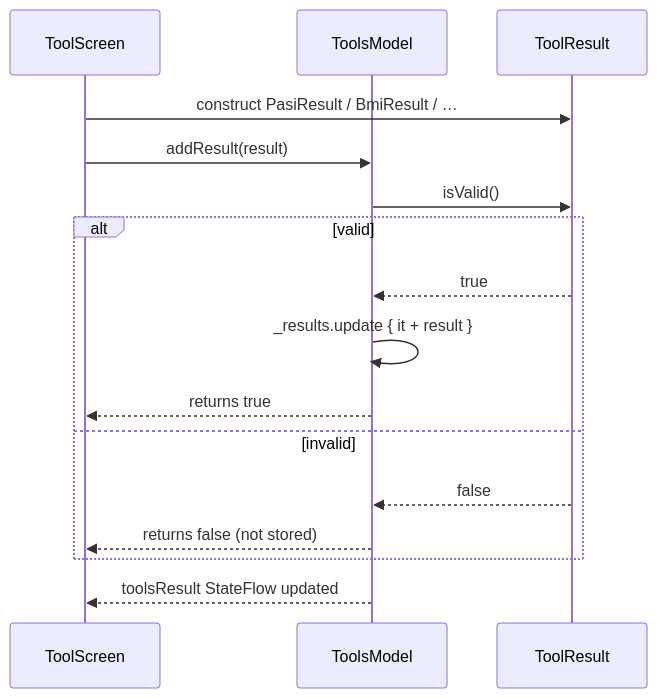
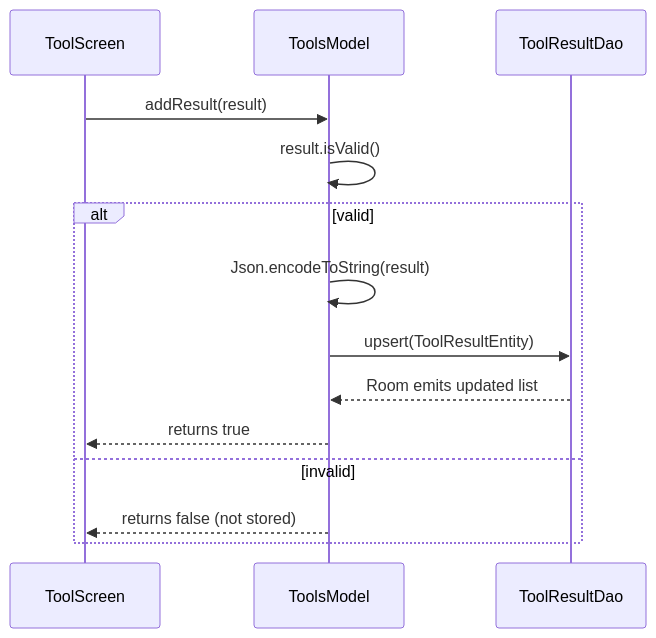
One commit to lcavagnari/DermCalc changed the second of 3 diagrams in README.md. Above: the diagram before and after it, drawn with Mermaid. The commit also changed other lines of this file, not shown here.

````diff
--- a/README.md
+++ b/README.md
@@ -60,19 +70,17 @@
 ```mermaid
 sequenceDiagram
     participant UI as ToolScreen
     participant TM as ToolsModel
-    participant TR as ToolResult
+    participant DAO as ToolResultDao
 
-    UI->>TR: construct PasiResult / BmiResult / …
     UI->>TM: addResult(result)
-    TM->>TR: isValid()
+    TM->>TM: result.isValid()
     alt valid
-        TR-->>TM: true
-        TM->>TM: _results.update { it + result }
+        TM->>TM: Json.encodeToString(result)
+        TM->>DAO: upsert(ToolResultEntity)
+        DAO-->>TM: Room emits updated list
         TM-->>UI: returns true
     else invalid
-        TR-->>TM: false
         TM-->>UI: returns false (not stored)
     end
-    TM-->>UI: toolsResult StateFlow updated
 ```
````
